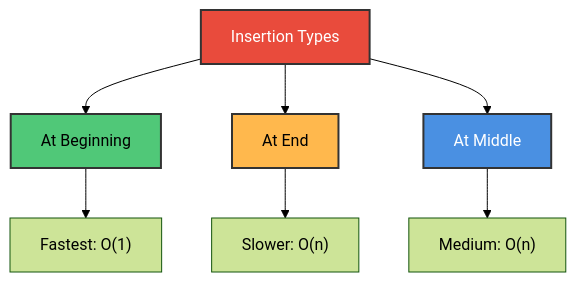
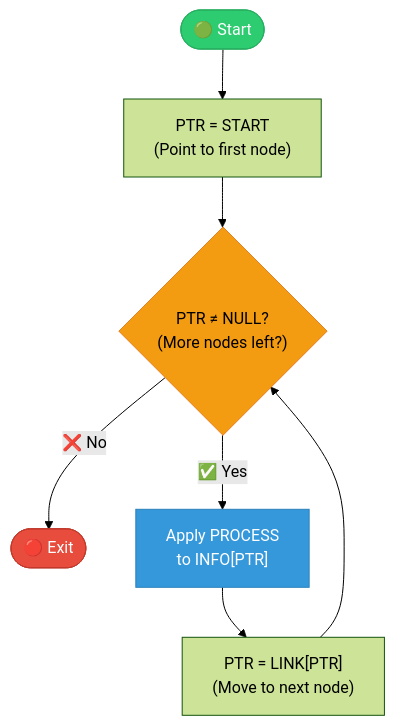
Before and after one commit to M-F-Tushar/CSE-2101-Data-Structure: the seventh of 27 diagrams in Chapter 5 - Linked Lists/README.md, drawn with Mermaid (forest theme). The commit also changed other lines of this file, not shown here.

````diff
--- a/Chapter 5 - Linked Lists/README.md
+++ b/Chapter 5 - Linked Lists/README.md
@@ -449,15 +245,14 @@
 ```mermaid
-graph TD
-    A["Insertion Types"] --> B["At Beginning"]
-    A --> C["At End"]
-    A --> D["At Middle"]
+flowchart TD
+    START([🟢 Start]) --> INIT["PTR = START<br/>(Point to first node)"]
+    INIT --> CHECK{"PTR ≠ NULL?<br/>(More nodes left?)"}
+    CHECK -->|❌ No| EXIT([🔴 Exit])
+    CHECK -->|✅ Yes| PROCESS["Apply PROCESS<br/>to INFO[PTR]"]
+    PROCESS --> MOVE["PTR = LINK[PTR]<br/>(Move to next node)"]
+    MOVE --> CHECK
     
-    B --> B1["Fastest: O(1)"]
-    C --> C1["Slower: O(n)"]
-    D --> D1["Medium: O(n)"]
-    
-    style A fill:#E94B3C,stroke:#333,stroke-width:2px,color:#fff
-    style B fill:#50C878,stroke:#333,stroke-width:2px,color:#000
-    style C fill:#FFB84D,stroke:#333,stroke-width:2px,color:#000
-    style D fill:#4A90E2,stroke:#333,stroke-width:2px,color:#fff
+    style START fill:#2ecc71,stroke:#27ae60,color:#fff
+    style EXIT fill:#e74c3c,stroke:#c0392b,color:#fff
+    style PROCESS fill:#3498db,stroke:#2980b9,color:#fff
+    style CHECK fill:#f39c12,stroke:#e67e22,color:#000
 ```
````
